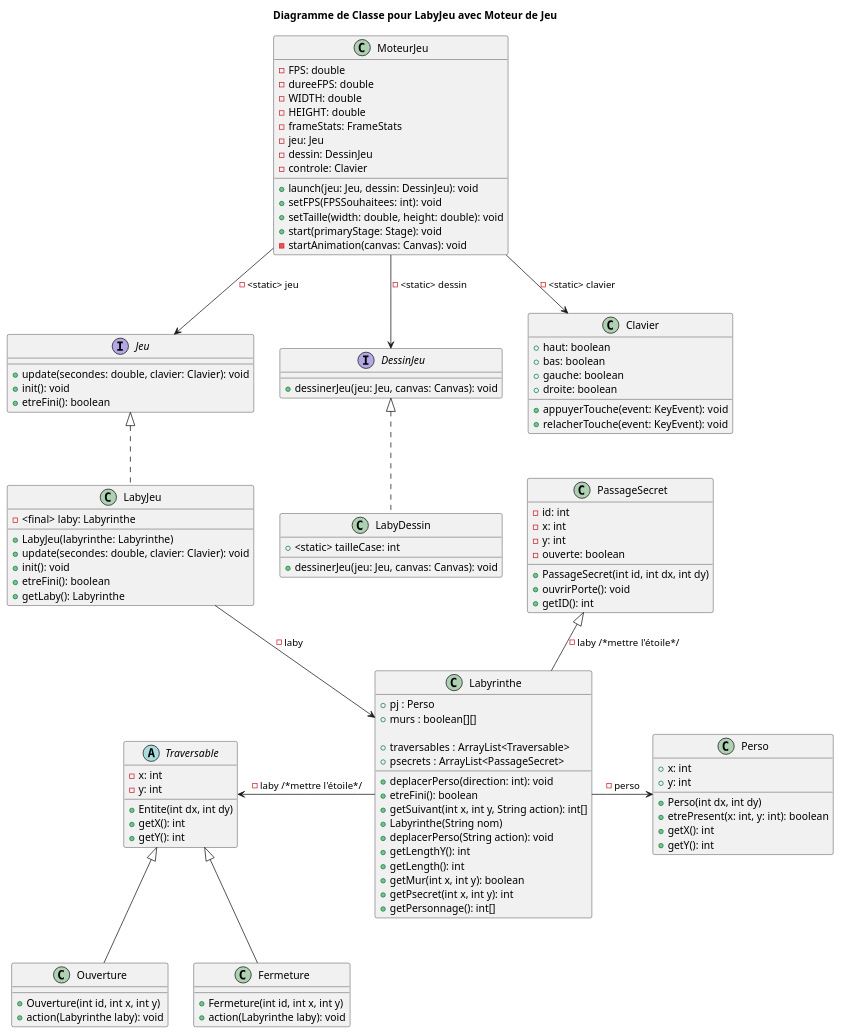
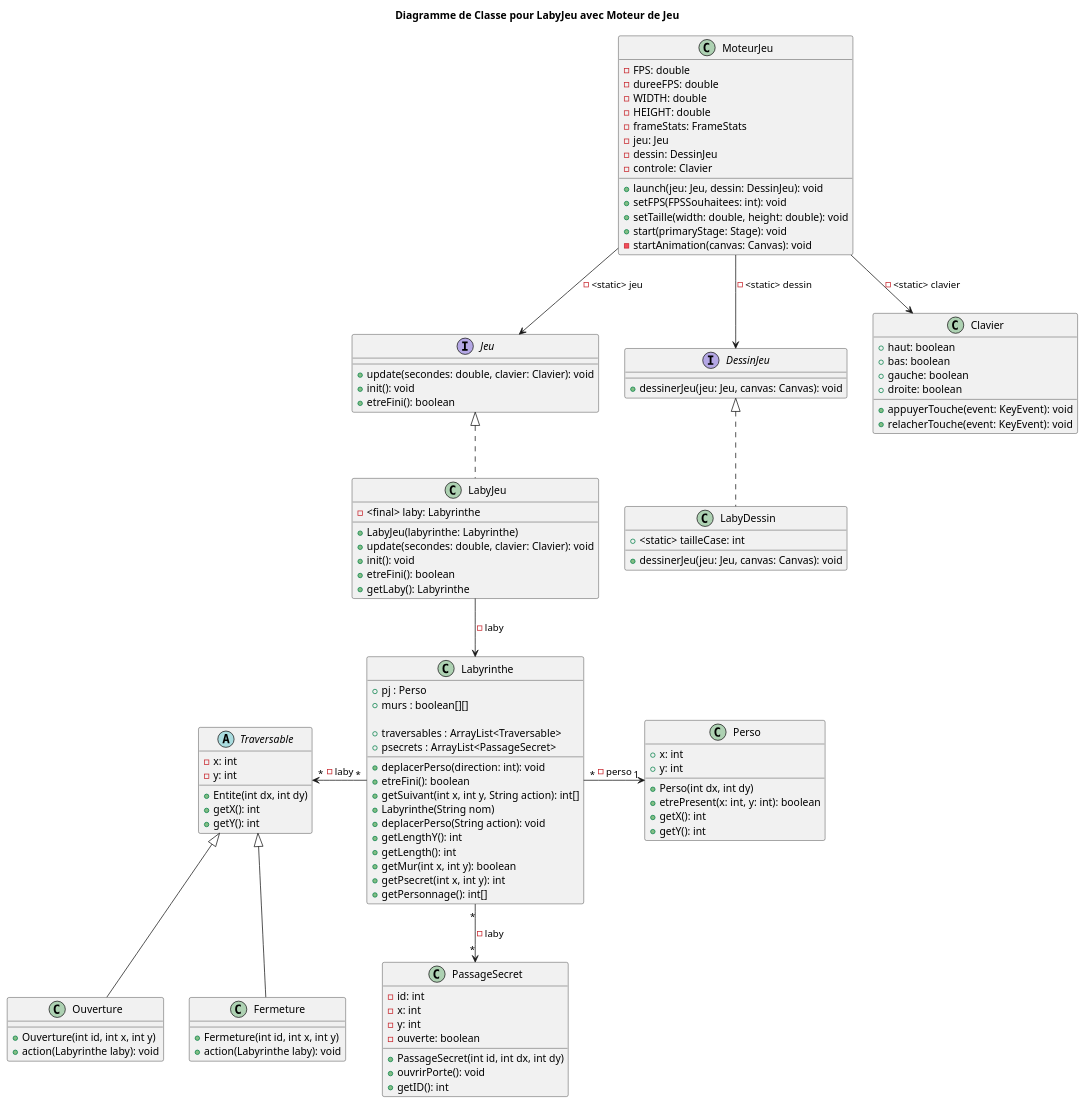
The diagram in zeldiablo/src/gameLaby/Fonctionnement_Diag.puml (adrienMGN/2024_Zeldiablo_mangin225u_dewasch2u_favier36u_fontaine_noel332u), drawn with PlantUML before and after one commit. The commit also changed 1 other file, not shown here.

```diff
--- a/zeldiablo/src/gameLaby/Fonctionnement_Diag.puml
+++ b/zeldiablo/src/gameLaby/Fonctionnement_Diag.puml
@@ -1,135 +1,135 @@
 @startuml
 title Diagramme de Classe pour LabyJeu avec Moteur de Jeu
 
 interface Jeu {
     +update(secondes: double, clavier: Clavier): void
     +init(): void
     +etreFini(): boolean
 }
 
 interface DessinJeu {
     +dessinerJeu(jeu: Jeu, canvas: Canvas): void
 }
 
 class LabyJeu {
     - <final> laby: Labyrinthe
 
     +LabyJeu(labyrinthe: Labyrinthe)
     +update(secondes: double, clavier: Clavier): void
     +init(): void
     +etreFini(): boolean
     +getLaby(): Labyrinthe
 }
 
 class LabyDessin {
     +<static> tailleCase: int
     +dessinerJeu(jeu: Jeu, canvas: Canvas): void
 }
 
 class Labyrinthe {
 '    + <static final> MUR = 'X' : String
 '    + <static final> PJ = 'P' : String
 '    + <static final> VIDE = '.' : String
 '    + <static final> OUVERTURE = 'O' : String
 '    + <static final> FERMETURE = 'F' : String
 '    + <static final> PSECRET = 'H' : String
 '
 '    + <static final> HAUT = 'Haut' : String
 '    + <static final> BAS = 'Bas' : String
 '    + <static final> GAUCHE = 'Gauche' : String
 '    + <static final> DROITE = 'Droite' : String
 
     +pj : Perso
     +murs : boolean[][]
 
     +traversables : ArrayList<Traversable>
     +psecrets : ArrayList<PassageSecret>
 
     +deplacerPerso(direction: int): void
     +etreFini(): boolean
     +getSuivant(int x, int y, String action): int[]
     +Labyrinthe(String nom)
     +deplacerPerso(String action): void
     +getLengthY(): int
     +getLength(): int
     +getMur(int x, int y): boolean
     +getPsecret(int x, int y): int
     +getPersonnage(): int[]
 }
 
 class Clavier {
     +haut: boolean
     +bas: boolean
     +gauche: boolean
     +droite: boolean
     +appuyerTouche(event: KeyEvent): void
     +relacherTouche(event: KeyEvent): void
 }
 
 class MoteurJeu {
     -FPS: double
     -dureeFPS: double
     -WIDTH: double
     -HEIGHT: double
     -frameStats: FrameStats
     -jeu: Jeu
     -dessin: DessinJeu
     -controle: Clavier
     +launch(jeu: Jeu, dessin: DessinJeu): void
     +setFPS(FPSSouhaitees: int): void
     +setTaille(width: double, height: double): void
     +start(primaryStage: Stage): void
     -startAnimation(canvas: Canvas): void
 }
 
 class Perso {
     +x: int
     +y: int
     +Perso(int dx, int dy)
     +etrePresent(x: int, y: int): boolean
     +getX(): int
     +getY(): int
 }
 
 abstract class Traversable {
     -x: int
     -y: int
     +Entite(int dx, int dy)
     +getX(): int
     +getY(): int
 }
 
 class PassageSecret{
     -id: int
     -x: int
     -y: int
     -ouverte: boolean
     +PassageSecret(int id, int dx, int dy)
     +ouvrirPorte(): void
     +getID(): int
 }
 
 class Ouverture{
     +Ouverture(int id, int x, int y)
     +action(Labyrinthe laby): void
 }
 
 class Fermeture{
     +Fermeture(int id, int x, int y)
     +action(Labyrinthe laby): void
 }
 
 Jeu <|.. LabyJeu
 LabyJeu --> Labyrinthe : -laby
 MoteurJeu --> Jeu : -<static> jeu
 MoteurJeu --> DessinJeu : -<static> dessin
 MoteurJeu --> Clavier : -<static> clavier
 DessinJeu <|.. LabyDessin
-Labyrinthe -> Perso : -perso
-PassageSecret <|-- Labyrinthe : -laby /*mettre l'étoile*/
-Traversable <- Labyrinthe : -laby /*mettre l'étoile*/
+Labyrinthe "*"->"1" Perso : -perso
+  Labyrinthe "*"-->"*" PassageSecret : -laby
+Traversable "*"<-"*" Labyrinthe : -laby
  Traversable <|-- Ouverture
  Traversable <|-- Fermeture
 
 
 @enduml
```
